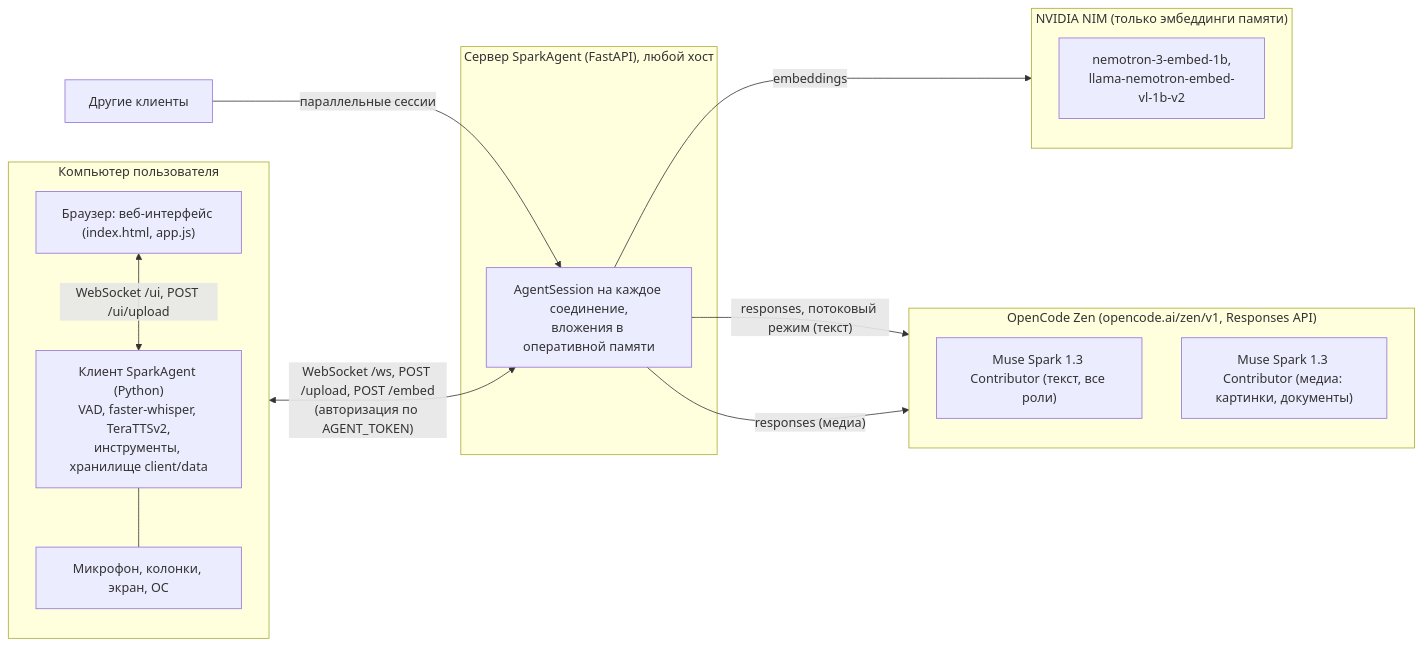
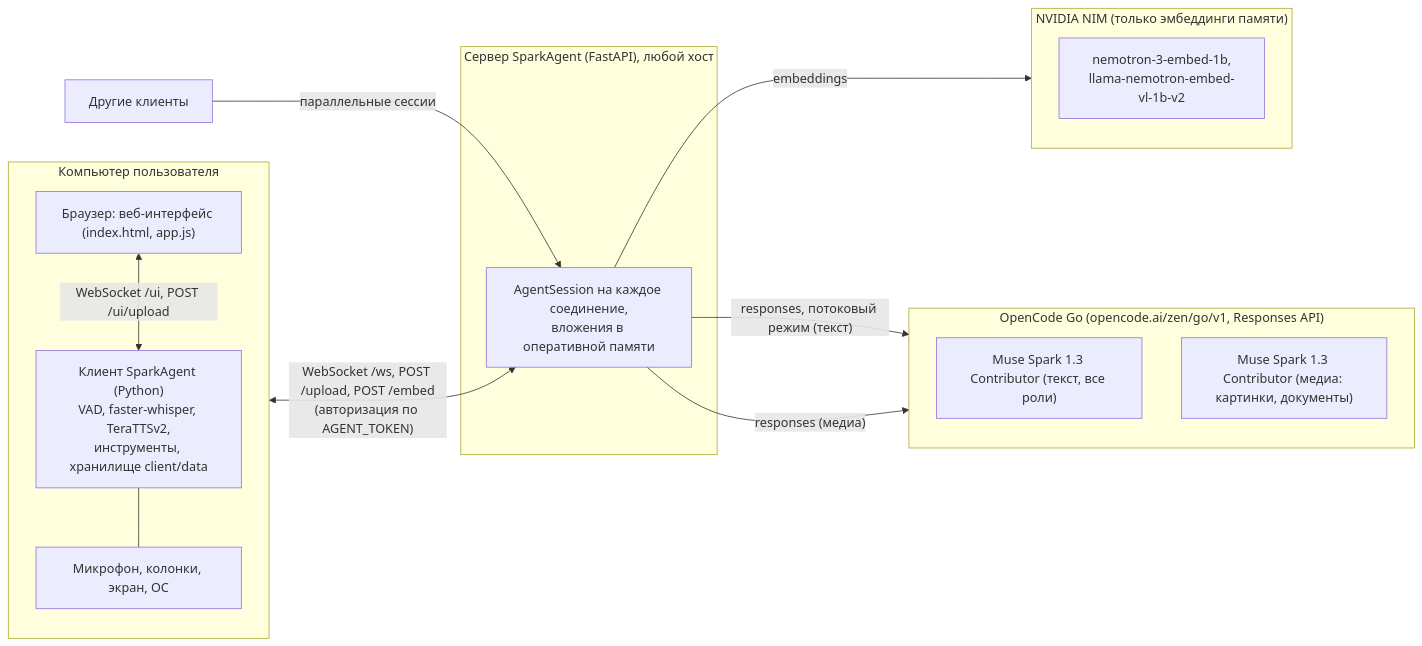
The first of 6 diagrams in README.md (ALeksandr13254/SparkAgent), drawn with Mermaid before and after one commit. The commit also changed other lines of this file and 7 other files, not shown here.

Commit message:
SparkAgent: use OpenCode Go endpoint (zen/go/v1) with fingerprint headers, reasoning per role

````diff
--- a/README.md
+++ b/README.md
@@ -65,32 +65,32 @@
 ```mermaid
 flowchart LR
     subgraph PC["Компьютер пользователя"]
         direction TB
         BR["Браузер: веб-интерфейс (index.html, app.js)"]
         CL["Клиент SparkAgent (Python)<br/>VAD, faster-whisper, TeraTTSv2,<br/>инструменты, хранилище client/data"]
         HW["Микрофон, колонки, экран, ОС"]
         BR <-- "WebSocket /ui, POST /ui/upload" --> CL
         CL --- HW
     end
 
     subgraph SRV["Сервер SparkAgent (FastAPI), любой хост"]
         SS["AgentSession на каждое соединение,<br/>вложения в оперативной памяти"]
     end
 
-    subgraph ZEN["OpenCode Zen (opencode.ai/zen/v1, Responses API)"]
+    subgraph GO["OpenCode Go (opencode.ai/zen/go/v1, Responses API)"]
         direction TB
         M1["Muse Spark 1.3 Contributor (текст, все роли)"]
         M2["Muse Spark 1.3 Contributor (медиа: картинки, документы)"]
     end
 
     subgraph NIM["NVIDIA NIM (только эмбеддинги памяти)"]
         direction TB
         M3["nemotron-3-embed-1b,<br/>llama-nemotron-embed-vl-1b-v2"]
     end
 
     OTHER["Другие клиенты"] -- "параллельные сессии" --> SS
     CL <-- "WebSocket /ws, POST /upload, POST /embed<br/>(авторизация по AGENT_TOKEN)" --> SS
     SS -- "responses, потоковый режим (текст)" --> M1
     SS -- "responses (медиа)" --> M2
     SS -- "embeddings" --> M3
 ```
````
